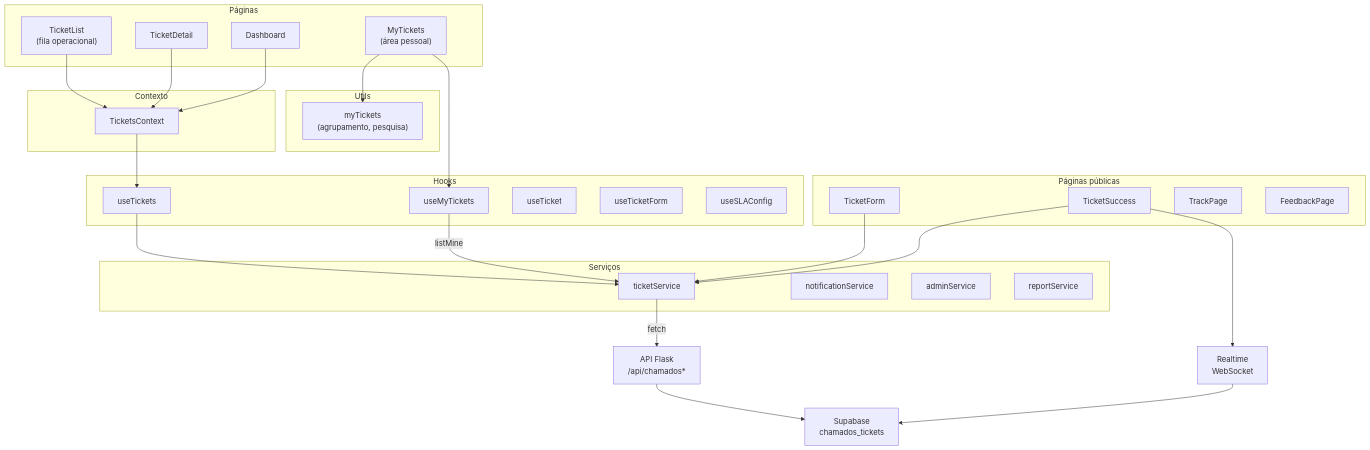
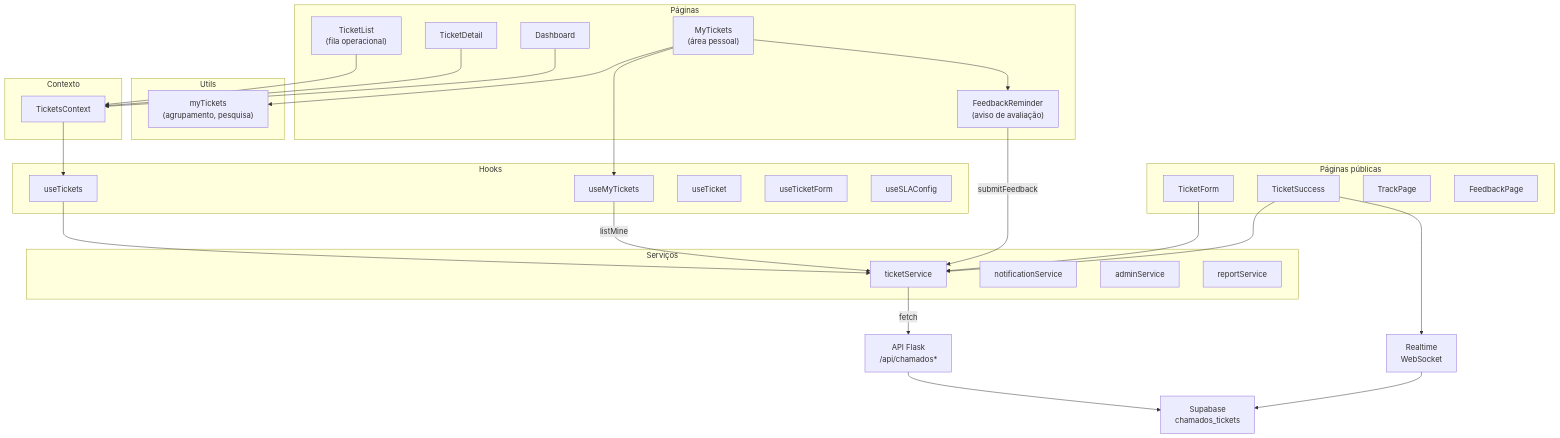
The diagram in docs/apps/chamados/architecture.md (vihisantos/LabHub), drawn with Mermaid before and after one commit. The commit also changed other lines of this file and 14 other files, not shown here.

````diff
--- a/docs/apps/chamados/architecture.md
+++ b/docs/apps/chamados/architecture.md
@@ -7,53 +7,56 @@
 ```mermaid
 flowchart TD
     subgraph PAGES["Páginas"]
         LIST["TicketList\n(fila operacional)"]
         MINE["MyTickets\n(área pessoal)"]
+        FR["FeedbackReminder\n(aviso de avaliação)"]
         DETAIL["TicketDetail"]
         DASH["Dashboard"]
     end
 
     subgraph PUBLIC["Páginas públicas"]
         FORM["TicketForm"]
         SUCCESS["TicketSuccess"]
         TRACK["TrackPage"]
         FEEDBACK["FeedbackPage"]
     end
 
     subgraph SERVICES["Serviços"]
         TS["ticketService"]
         NS["notificationService"]
         AS["adminService"]
         RS["reportService"]
     end
 
     subgraph HOOKS["Hooks"]
         UT["useTickets"]
         UM["useMyTickets"]
         UT2["useTicket"]
         UF["useTicketForm"]
         SC["useSLAConfig"]
     end
 
     subgraph UTILS["Utils"]
         MYT["myTickets\n(agrupamento, pesquisa)"]
     end
 
     subgraph CONTEXT["Contexto"]
         TC["TicketsContext"]
     end
 
     LIST & DETAIL & DASH --> TC
     TC --> UT
     UT --> TS
     MINE --> UM
     UM -->|listMine| TS
     MINE --> MYT
+    MINE --> FR
+    FR -->|submitFeedback| TS
     TS -->|fetch| API["API Flask\n/api/chamados*"]
     API --> DB["Supabase\nchamados_tickets"]
 
     FORM --> TS
     SUCCESS --> TS
     SUCCESS --> RT["Realtime\nWebSocket"]
     RT --> DB
 ```
````
